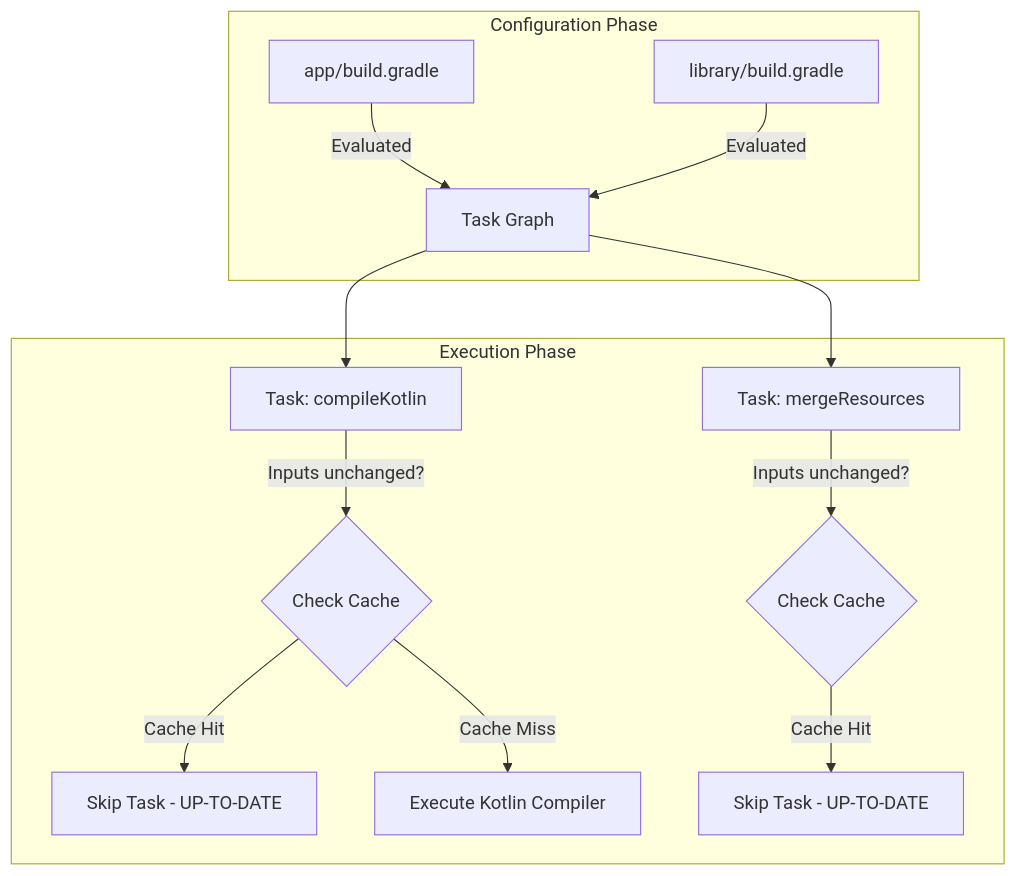
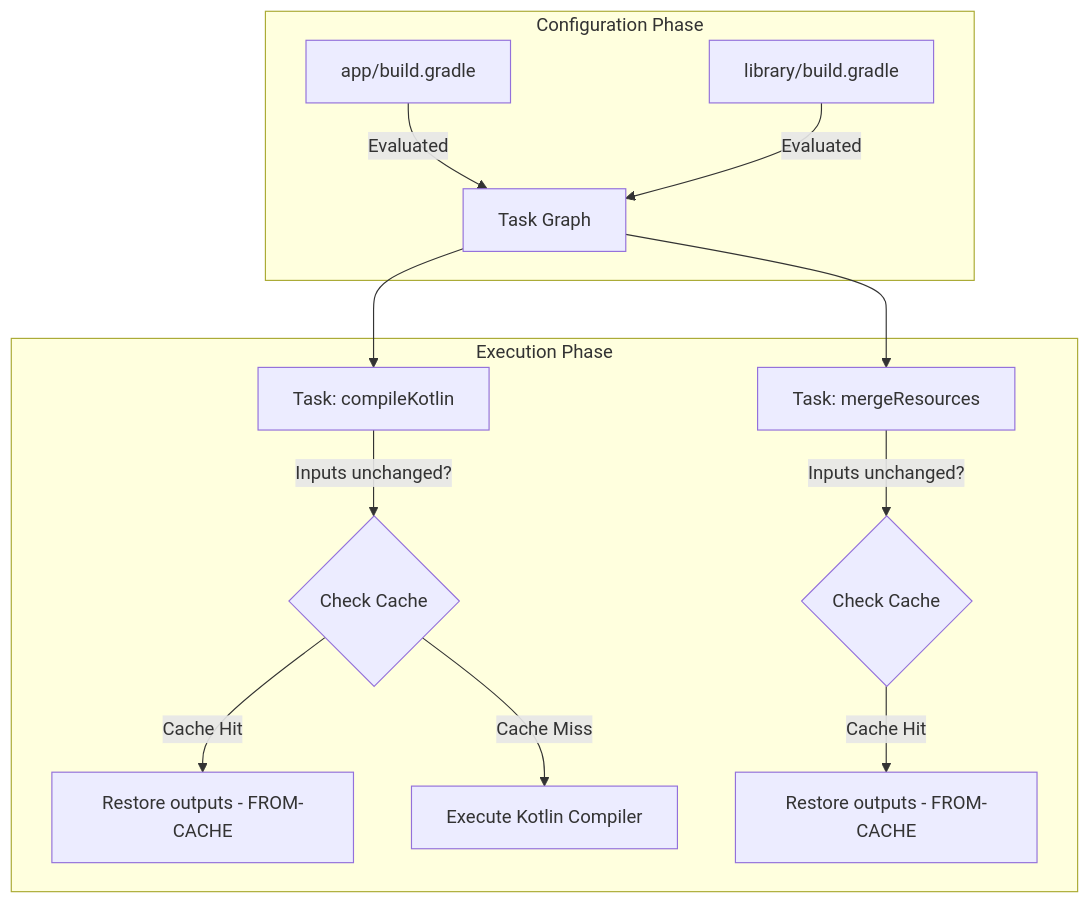
One commit to swarnsingh/android-staff-engineer-playbook-website changed the diagram in android/build-tooling/gradle-and-build-systems.md. Above: the diagram before and after it, drawn with Mermaid. The commit also changed other lines of this file and 142 other files, not shown here.

````diff
--- a/android/build-tooling/gradle-and-build-systems.md
+++ b/android/build-tooling/gradle-and-build-systems.md
@@ -108,19 +108,19 @@
 ```mermaid
 graph TD
     subgraph "Configuration Phase"
         B1[app/build.gradle] -->|Evaluated| DAG[Task Graph]
         B2[library/build.gradle] -->|Evaluated| DAG
     end
     
     subgraph "Execution Phase"
         DAG --> T1[Task: compileKotlin]
         DAG --> T2[Task: mergeResources]
         
         T1 -->|Inputs unchanged?| Cache1{Check Cache}
-        Cache1 -->|Cache Hit| Skip1[Skip Task - UP-TO-DATE]
+        Cache1 -->|Cache Hit| Skip1[Restore outputs - FROM-CACHE]
         Cache1 -->|Cache Miss| Run1[Execute Kotlin Compiler]
         
         T2 -->|Inputs unchanged?| Cache2{Check Cache}
-        Cache2 -->|Cache Hit| Skip2[Skip Task - UP-TO-DATE]
+        Cache2 -->|Cache Hit| Skip2[Restore outputs - FROM-CACHE]
     end
 ```
````
